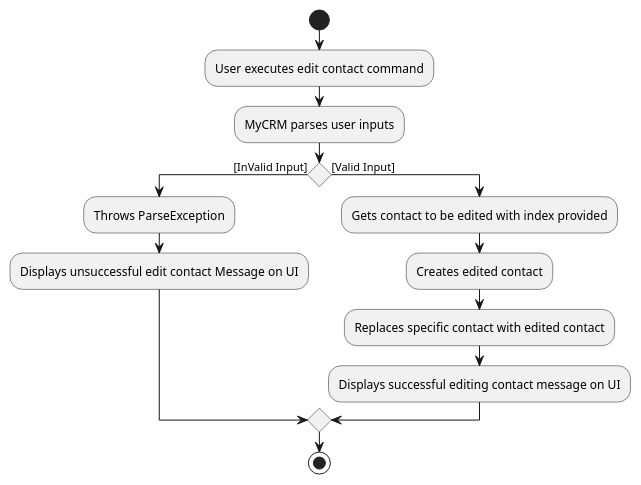
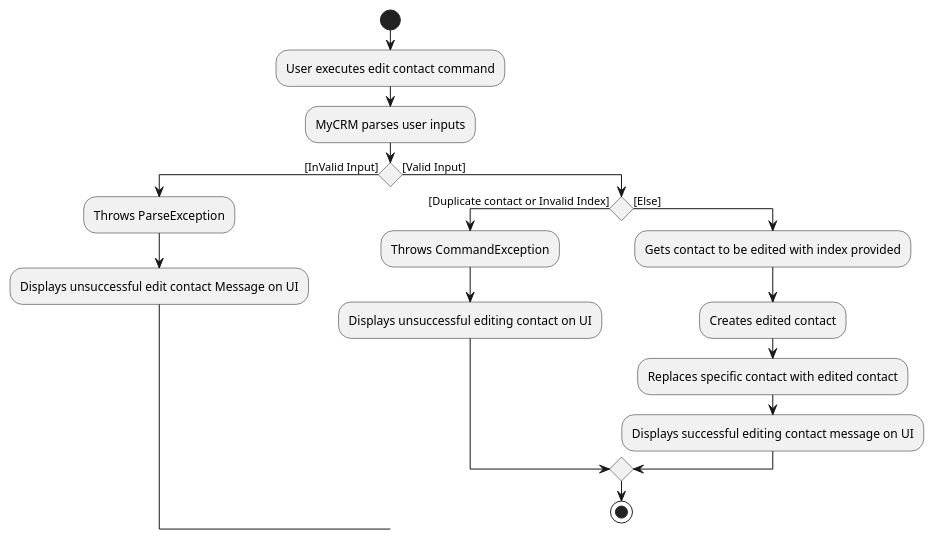
The diagram in docs/diagrams/contact/EditContactActivityDiagram.puml (ooawagaeri/tp), drawn with PlantUML before and after one commit. The commit also changed 9 other files, not shown here.

Commit message:
Add more details in contact diagrams.

```diff
--- a/docs/diagrams/contact/EditContactActivityDiagram.puml
+++ b/docs/diagrams/contact/EditContactActivityDiagram.puml
@@ -1,15 +1,19 @@
 @startuml
 start
 :User executes edit contact command;
 :MyCRM parses user inputs;
 if () then ([InValid Input])
     :Throws ParseException;
     :Displays unsuccessful edit contact Message on UI;
 else ([Valid Input])
+if () then ([Duplicate contact or Invalid Index])
+    :Throws CommandException;
+    :Displays unsuccessful editing contact on UI;
+else ([Else])
 :Gets contact to be edited with index provided;
 :Creates edited contact;
 :Replaces specific contact with edited contact;
 :Displays successful editing contact message on UI;
 endif
 stop
 @enduml
```
